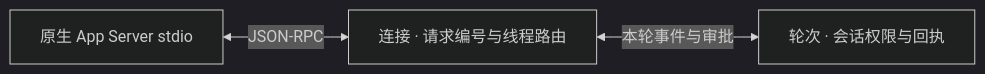
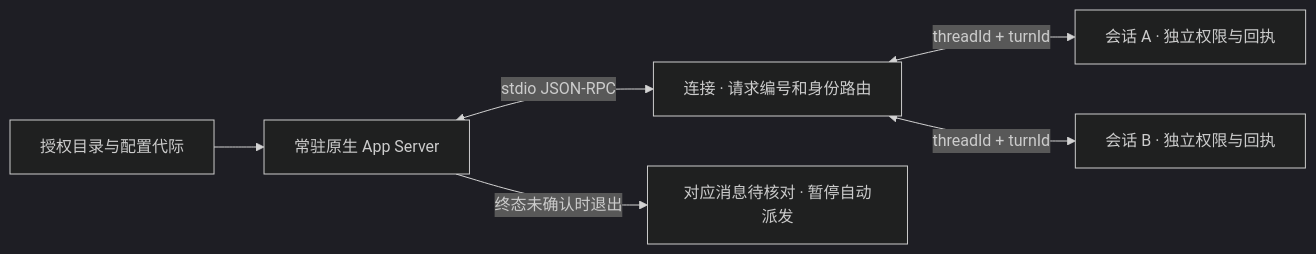
Before and after one commit to exception-coder/kai-toolbox: the eighth of 55 diagrams in docs/ai-coding-architecture.md, drawn with Mermaid (dark theme). The commit also changed other lines of this file and 14 other files, not shown here.

First line of the commit message:
feat(codex): 接入多会话常驻 App Server

````diff
--- a/docs/ai-coding-architecture.md
+++ b/docs/ai-coding-architecture.md
@@ -210,5 +212,8 @@
 ```mermaid
 flowchart LR
-    Native["原生 App Server stdio"] <-->|"JSON-RPC"| Wire["连接 · 请求编号与线程路由"]
-    Wire <-->|"本轮事件与审批"| Turn["轮次 · 会话权限与回执"]
+    Scope["授权目录与配置代际"] --> Native["常驻原生 App Server"]
+    Native <-->|"stdio JSON-RPC"| Wire["连接 · 请求编号和身份路由"]
+    Wire <-->|"threadId + turnId"| A["会话 A · 独立权限与回执"]
+    Wire <-->|"threadId + turnId"| B["会话 B · 独立权限与回执"]
+    Native -->|"终态未确认时退出"| Review["对应消息待核对 · 暂停自动派发"]
 ```
````
